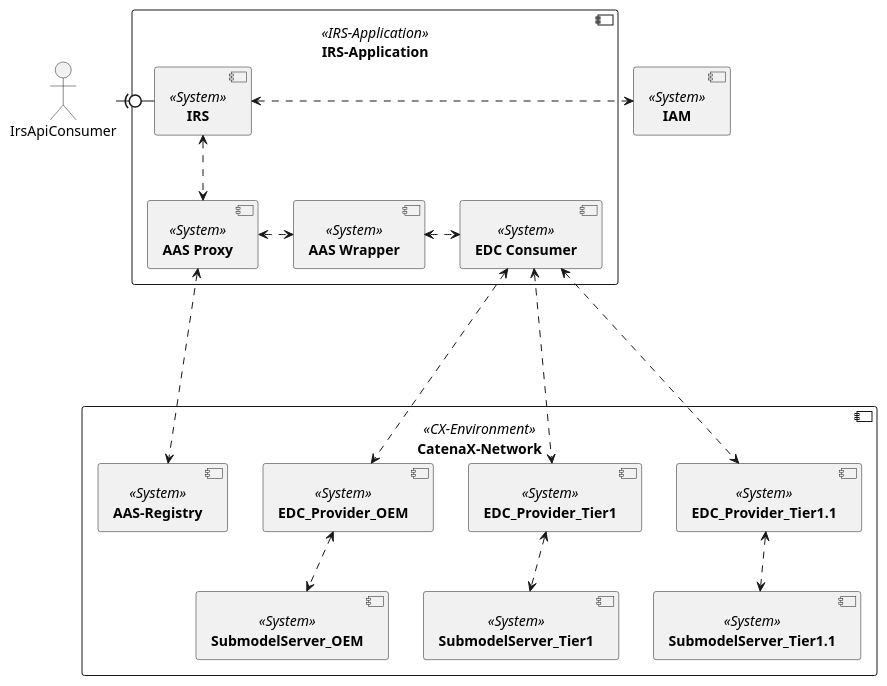
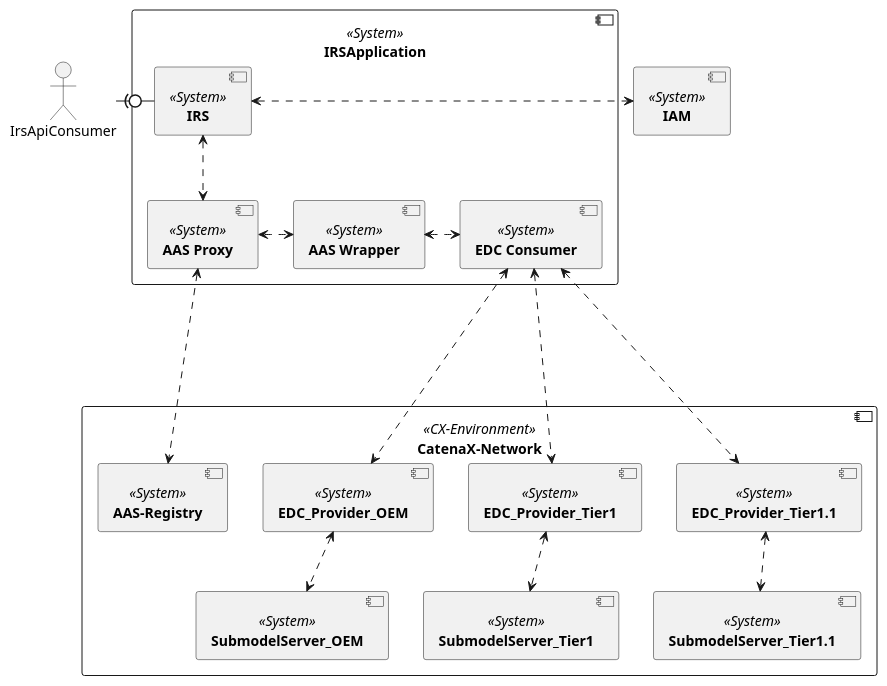
Before and after one commit to catenax-ng/product-item-relationship-service: the diagram in uml-diagramms/arc42/building-block-view/irs-component-diagram.puml, drawn with PlantUML. The commit also changed 4 other files, not shown here.

Commit message:
fix(uml):[TRI-392] update diagrams to current state

```diff
--- a/uml-diagramms/arc42/building-block-view/irs-component-diagram.puml
+++ b/uml-diagramms/arc42/building-block-view/irs-component-diagram.puml
@@ -1,42 +1,42 @@
 @startuml 
 skinparam monochrome true
 skinparam shadowing false
 
 component [**IAM**] <<System>> as IAM
 
-component [**IRS-Application**] <<IRS-Application>> {
+component [**IRSApplication**] <<System>> {
 	component [**IRS**] <<System>> as IRS
 
 	component [**AAS Wrapper**] <<System>> as AAS_W
 	component [**AAS Proxy**] <<System>> as AAS_P
 	component [**EDC Consumer**] <<System>> as EDC
 
 }
 
 component [**CatenaX-Network**] <<CX-Environment>> {
     component [**AAS-Registry**] <<System>> as DT_REG
     component [**EDC_Provider_OEM**] <<System>> as EDCProviderOEM
     component [**EDC_Provider_Tier1**] <<System>> as EDCProviderTier1
     component [**EDC_Provider_Tier1.1**] <<System>> as EDCProviderTier11
     component [**SubmodelServer_OEM**] <<System>> as SubmodelServerOEM
     component [**SubmodelServer_Tier1**] <<System>> as SubmodelServerTier1
     component [**SubmodelServer_Tier1.1**] <<System>> as SubmodelServerTier11
 }
 
 
 actor IrsApiConsumer
 
 IrsApiConsumer -right(0- IRS
 IRS <..>AAS_P
 IRS <.> IAM
 AAS_P <.> AAS_W
 AAS_W <.> EDC
 AAS_P <.> DT_REG
 EDC <..> EDCProviderOEM
 EDC <...> EDCProviderTier1
 EDC <....> EDCProviderTier11
 EDCProviderOEM <..> SubmodelServerOEM
 EDCProviderTier1 <..> SubmodelServerTier1
 EDCProviderTier11 <..> SubmodelServerTier11
 
 @enduml
```
